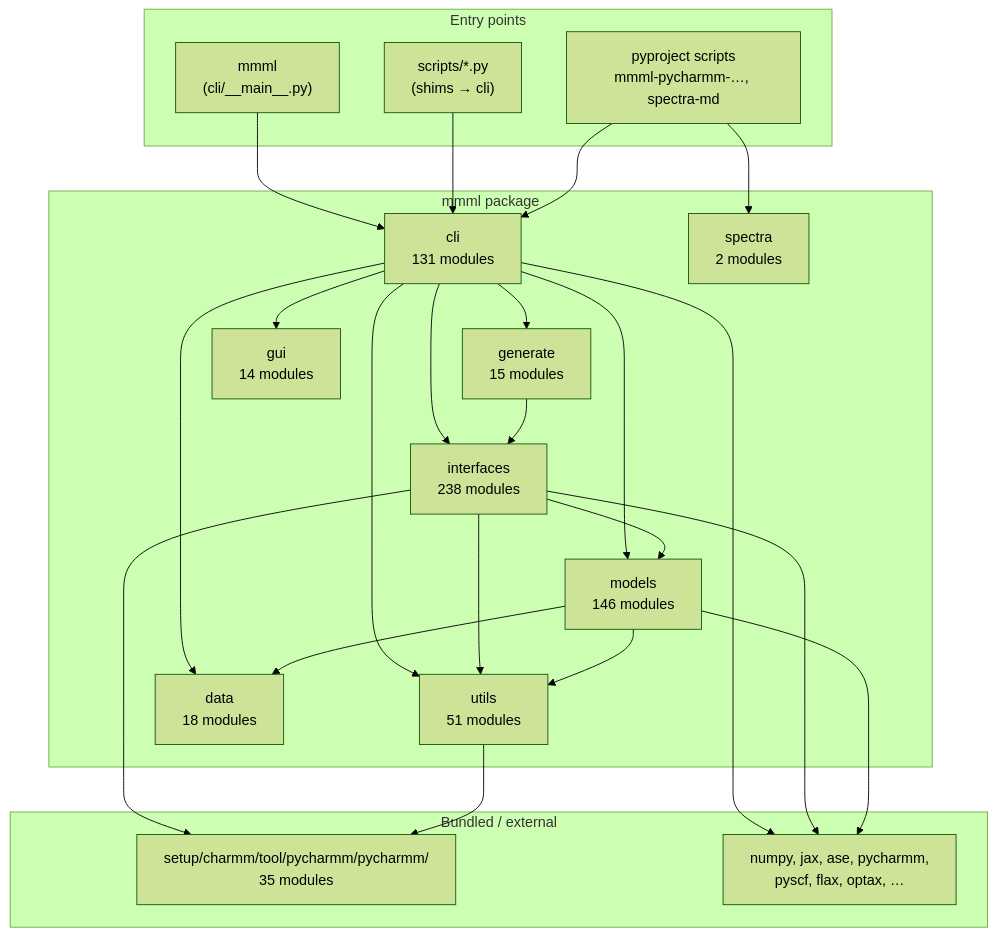
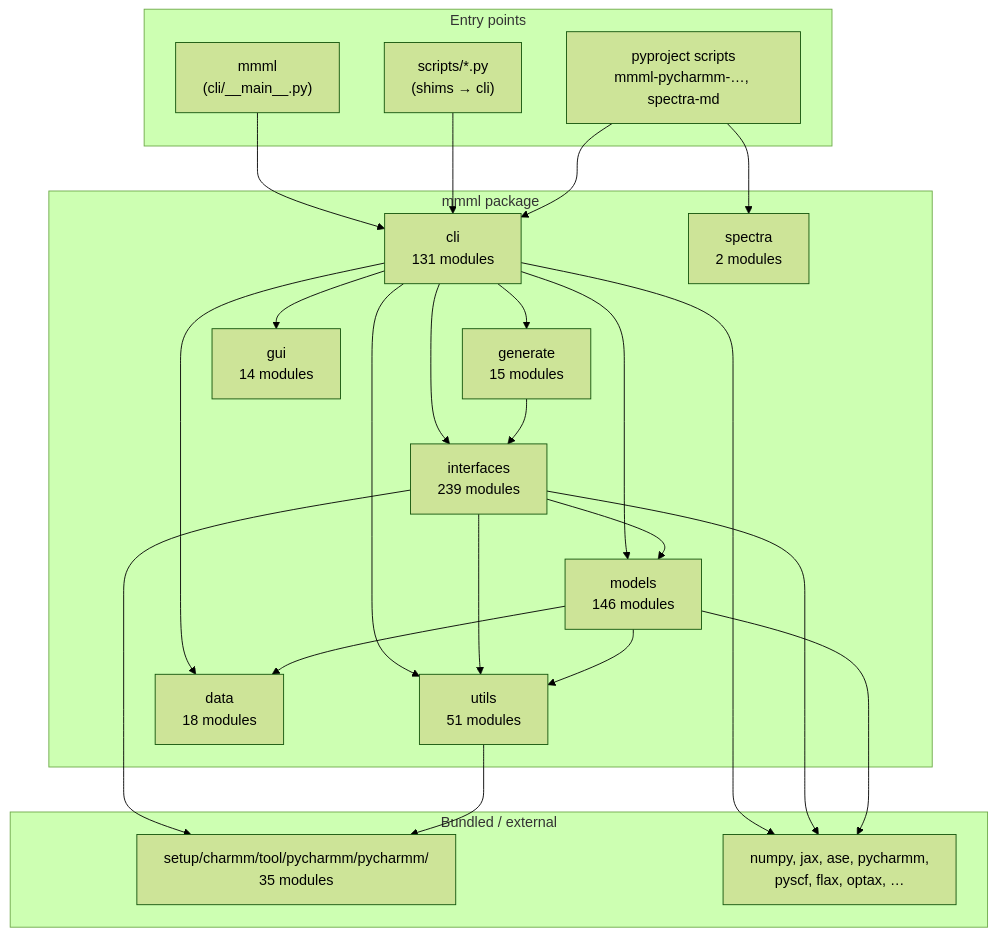
The first of 8 diagrams in docs/package-architecture.md (EricBoittier/mmml), drawn with Mermaid (forest theme) before and after one commit.

Commit message:
docs: refresh interface module count after failstop
callback_failstop.py landed on main without regenerating package-architecture.

````diff
--- a/docs/package-architecture.md
+++ b/docs/package-architecture.md
@@ -13,48 +13,48 @@
 ```mermaid
 flowchart TB
   subgraph entry["Entry points"]
     MMML["mmml\n(cli/__main__.py)"]
     SCRIPTS["scripts/*.py\n(shims → cli)"]
     PKG["pyproject scripts\nmmml-pycharmm-…, spectra-md"]
   end
 
   subgraph mmml_pkg["mmml package"]
     CLI["cli\n131 modules"]
-    IFACE["interfaces\n238 modules"]
+    IFACE["interfaces\n239 modules"]
     MODELS["models\n146 modules"]
     UTILS["utils\n51 modules"]
     DATA["data\n18 modules"]
     GEN["generate\n15 modules"]
     GUI["gui\n14 modules"]
     SPEC["spectra\n2 modules"]
   end
 
   subgraph vendor["Bundled / external"]
     PYCH["setup/charmm/tool/pycharmm/pycharmm/\n35 modules"]
     EXT["numpy, jax, ase, pycharmm,\npyscf, flax, optax, …"]
   end
 
   MMML --> CLI
   SCRIPTS --> CLI
   PKG --> CLI
   PKG --> SPEC
 
   CLI --> IFACE
   CLI --> MODELS
   CLI --> DATA
   CLI --> UTILS
   CLI --> GEN
   CLI --> GUI
 
   IFACE --> MODELS
   IFACE --> UTILS
   IFACE --> PYCH
   MODELS --> UTILS
   MODELS --> DATA
   UTILS --> PYCH
   GEN --> IFACE
 
   CLI --> EXT
   IFACE --> EXT
   MODELS --> EXT
 ```
````
